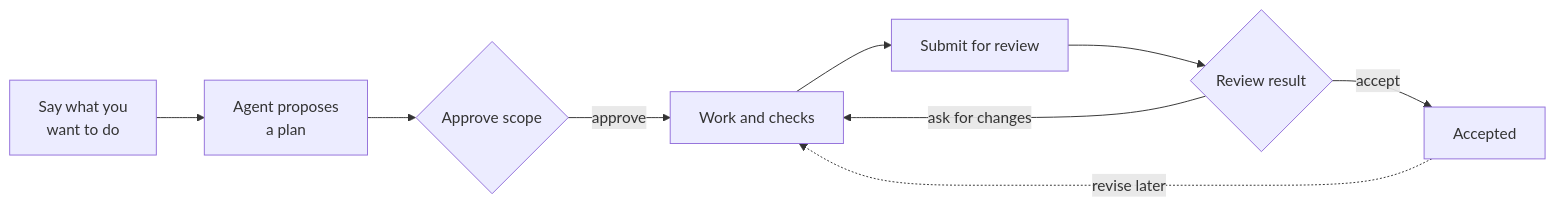
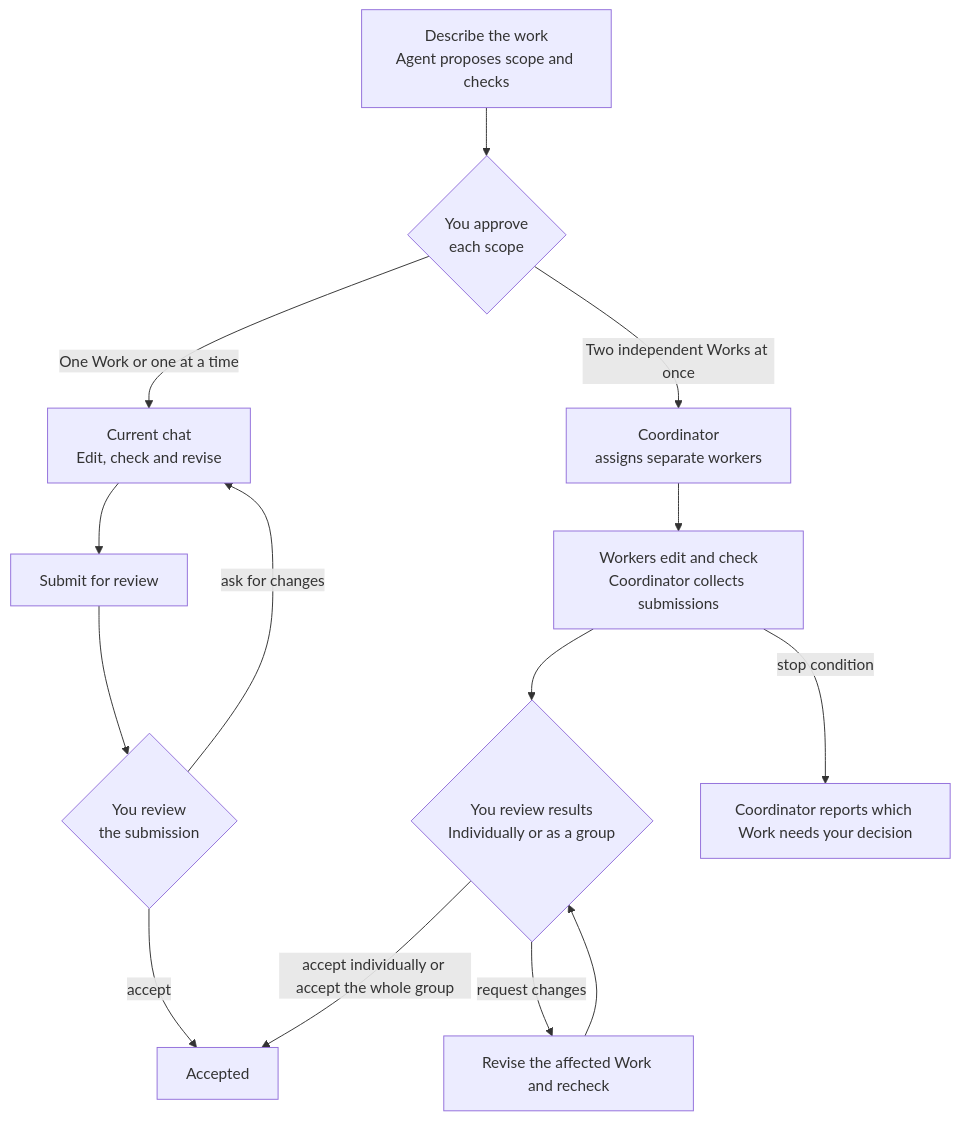
The diagram in manual/en/work.md (kyungseo/colvia), drawn with Mermaid before and after one commit. The commit also changed other lines of this file and 3 other files, not shown here.

````diff
--- a/manual/en/work.md
+++ b/manual/en/work.md
@@ -9,11 +9,16 @@
 ```mermaid
-flowchart LR
-    A["Say what you<br/>want to do"] --> B["Agent proposes<br/>a plan"]
-    B --> C{"Approve scope"}
-    C -->|approve| D["Work and checks"]
-    D --> E["Submit for review"]
-    E --> F{"Review result"}
-    F -->|accept| G["Accepted"]
-    F -->|ask for changes| D
-    G -.->|revise later| D
+flowchart TD
+    A["Describe the work<br/>Agent proposes scope and checks"] --> B{"You approve<br/>each scope"}
+    B -->|"One Work or one at a time"| C["Current chat<br/>Edit, check and revise"]
+    C --> D["Submit for review"]
+    D --> E{"You review<br/>the submission"}
+    E -->|ask for changes| C
+    E -->|accept| F["Accepted"]
+    B -->|"Two independent Works at once"| G["Coordinator<br/>assigns separate workers"]
+    G --> H["Workers edit and check<br/>Coordinator collects submissions"]
+    H --> I{"You review results<br/>Individually or as a group"}
+    H -->|stop condition| J["Coordinator reports which Work needs your decision"]
+    I -->|request changes| K["Revise the affected Work and recheck"]
+    K --> I
+    I -->|"accept individually or accept the whole group"| F
 ```
````
